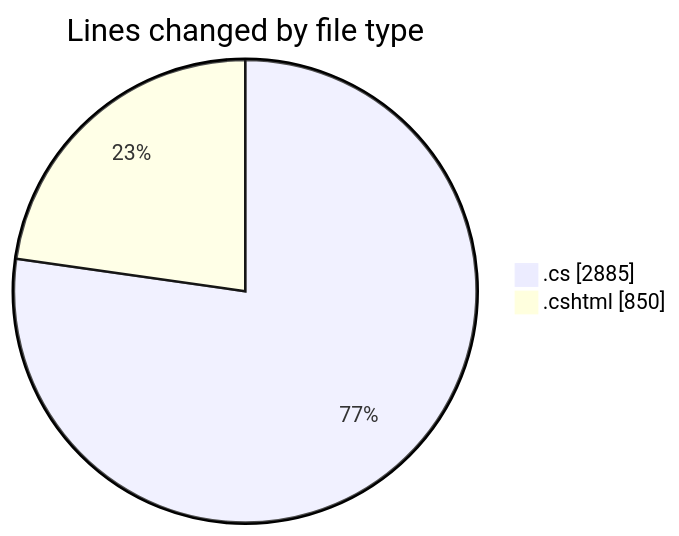
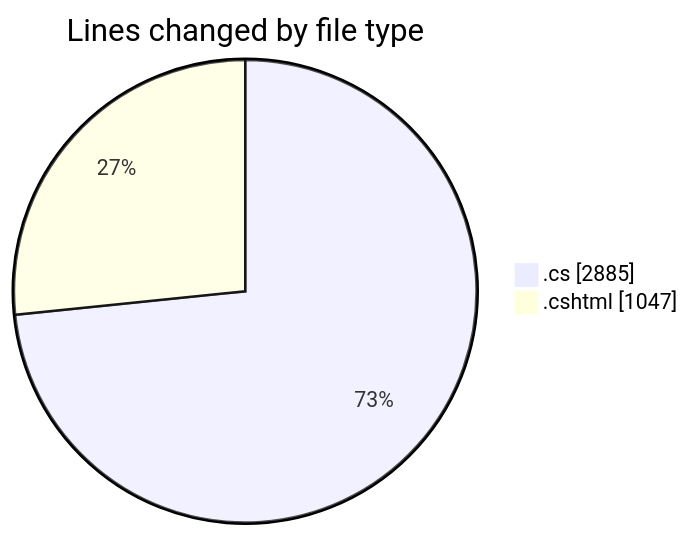
The first of 2 diagrams in 2025-07-15/nhahang/README.md (lephambinh05/code-tracking), drawn with Mermaid before and after one commit. The commit also changed other lines of this file and 1 other file, not shown here.

````diff
--- a/2025-07-15/nhahang/README.md
+++ b/2025-07-15/nhahang/README.md
@@ -79,6 +79,6 @@
 ```mermaid
 pie showData
 title Lines changed by file type
 ".cs" : 2885
-".cshtml" : 850
+".cshtml" : 1047
 ```
````
